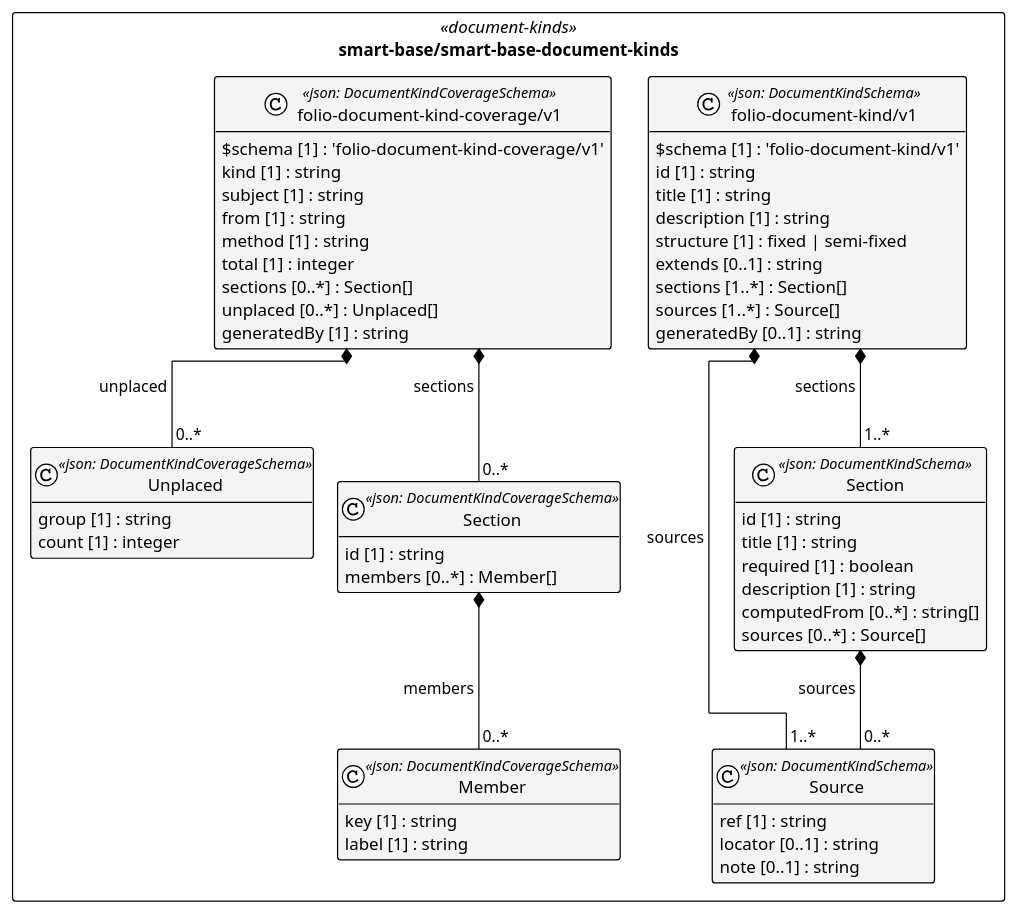
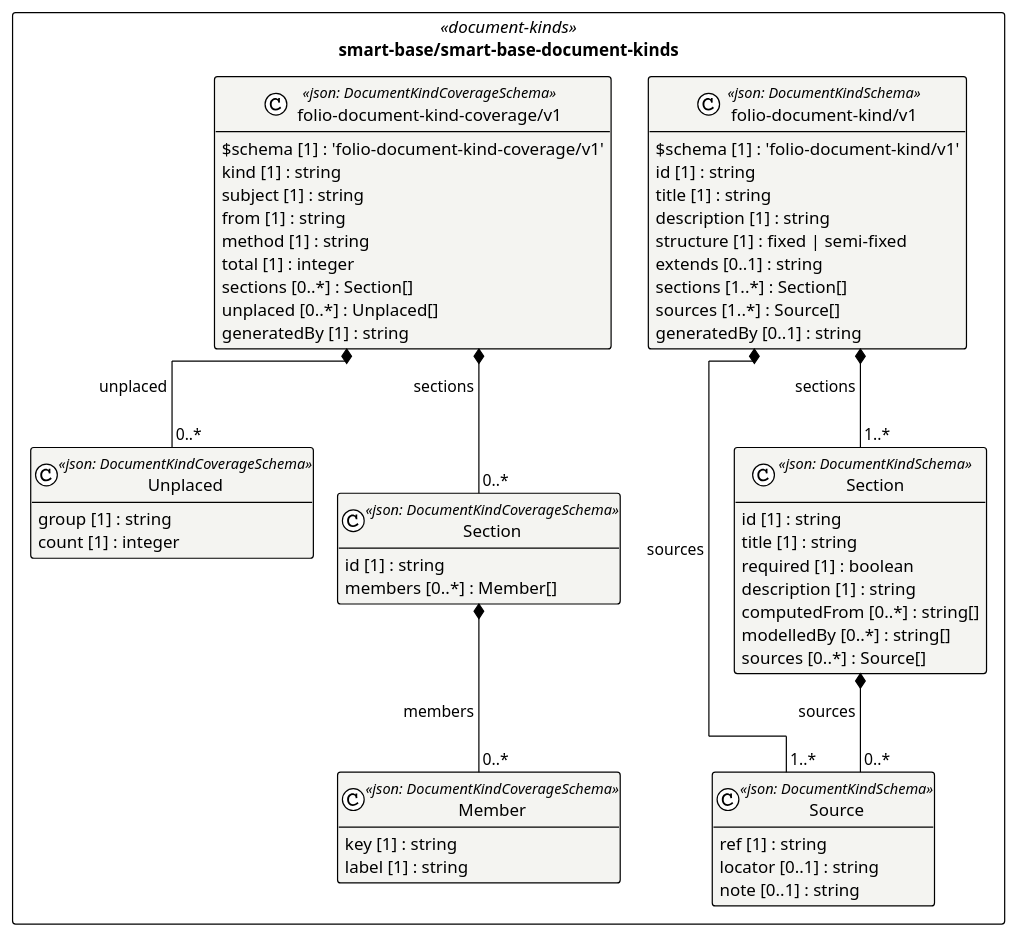
Before and after one commit to litlfred/folio-assistant: the diagram in cat-harness/uml/overview/smart-base/smart-base-document-kinds.puml, drawn with PlantUML. The commit also changed 50 other files, not shown here.

```diff
--- a/cat-harness/uml/overview/smart-base/smart-base-document-kinds.puml
+++ b/cat-harness/uml/overview/smart-base/smart-base-document-kinds.puml
@@ -3,65 +3,66 @@
 @startuml smart_base_smart_base_document_kinds
 !pragma layout elk
 !theme plain
 skinparam classAttributeIconSize 0
 skinparam shadowing false
 skinparam packageStyle rectangle
 hide empty methods
 
 package "smart-base/smart-base-document-kinds" as pkg_smart_base_smart_base_document_kinds <<document-kinds>> {
   class "Source" as smart_base_smart_base_document_kinds_folio_document_kind_v1_Source <<json: DocumentKindSchema>> #f4f4f1 {
     ref [1] : string
     locator [0..1] : string
     note [0..1] : string
   }
   class "Section" as smart_base_smart_base_document_kinds_folio_document_kind_v1_Section <<json: DocumentKindSchema>> #f4f4f1 {
     id [1] : string
     title [1] : string
     required [1] : boolean
     description [1] : string
     computedFrom [0..*] : string[]
+    modelledBy [0..*] : string[]
     sources [0..*] : Source[]
   }
   class "folio-document-kind/v1" as smart_base_smart_base_document_kinds_folio_document_kind_v1_folio_document_kind_v1 <<json: DocumentKindSchema>> #f4f4f1 {
     $schema [1] : 'folio-document-kind/v1'
     id [1] : string
     title [1] : string
     description [1] : string
     structure [1] : fixed | semi-fixed
     extends [0..1] : string
     sections [1..*] : Section[]
     sources [1..*] : Source[]
     generatedBy [0..1] : string
   }
   class "Member" as smart_base_smart_base_document_kinds_folio_document_kind_coverage_v1_Member <<json: DocumentKindCoverageSchema>> #f4f4f1 {
     key [1] : string
     label [1] : string
   }
   class "Section" as smart_base_smart_base_document_kinds_folio_document_kind_coverage_v1_Section <<json: DocumentKindCoverageSchema>> #f4f4f1 {
     id [1] : string
     members [0..*] : Member[]
   }
   class "Unplaced" as smart_base_smart_base_document_kinds_folio_document_kind_coverage_v1_Unplaced <<json: DocumentKindCoverageSchema>> #f4f4f1 {
     group [1] : string
     count [1] : integer
   }
   class "folio-document-kind-coverage/v1" as smart_base_smart_base_document_kinds_folio_document_kind_coverage_v1_folio_document_kind_coverage_v1 <<json: DocumentKindCoverageSchema>> #f4f4f1 {
     $schema [1] : 'folio-document-kind-coverage/v1'
     kind [1] : string
     subject [1] : string
     from [1] : string
     method [1] : string
     total [1] : integer
     sections [0..*] : Section[]
     unplaced [0..*] : Unplaced[]
     generatedBy [1] : string
   }
 }
 
 smart_base_smart_base_document_kinds_folio_document_kind_v1_Section *-- "0..*" smart_base_smart_base_document_kinds_folio_document_kind_v1_Source : sources
 smart_base_smart_base_document_kinds_folio_document_kind_v1_folio_document_kind_v1 *-- "1..*" smart_base_smart_base_document_kinds_folio_document_kind_v1_Section : sections
 smart_base_smart_base_document_kinds_folio_document_kind_v1_folio_document_kind_v1 *-- "1..*" smart_base_smart_base_document_kinds_folio_document_kind_v1_Source : sources
 smart_base_smart_base_document_kinds_folio_document_kind_coverage_v1_Section *-- "0..*" smart_base_smart_base_document_kinds_folio_document_kind_coverage_v1_Member : members
 smart_base_smart_base_document_kinds_folio_document_kind_coverage_v1_folio_document_kind_coverage_v1 *-- "0..*" smart_base_smart_base_document_kinds_folio_document_kind_coverage_v1_Section : sections
 smart_base_smart_base_document_kinds_folio_document_kind_coverage_v1_folio_document_kind_coverage_v1 *-- "0..*" smart_base_smart_base_document_kinds_folio_document_kind_coverage_v1_Unplaced : unplaced
 @enduml
```
